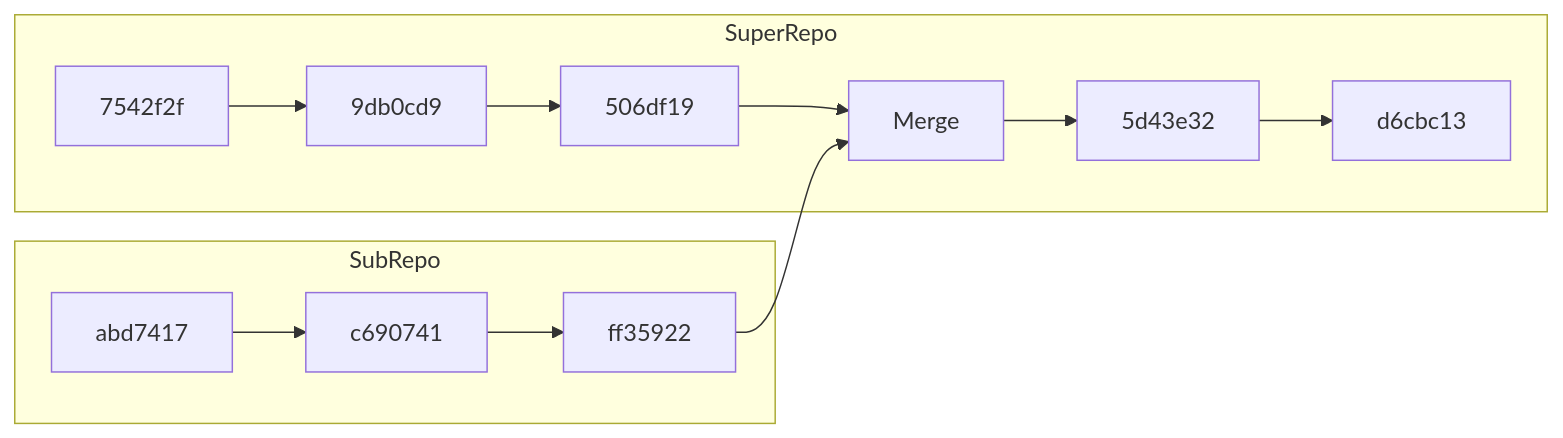
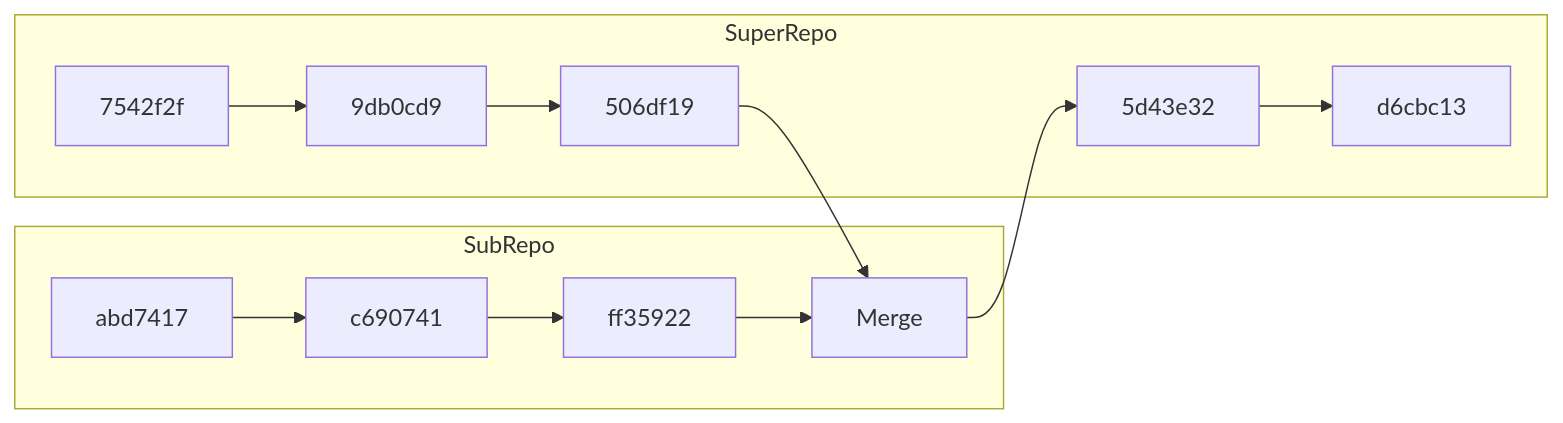
One commit to puckwang/puckwang.github.io changed the diagram in content/post/2020/git-submodule-vs-subtree.md. Above: the diagram before and after it, drawn with Mermaid. The commit also changed other lines of this file and 3 other files, not shown here.

```diff
--- a/content/post/2020/git-submodule-vs-subtree.md
+++ b/content/post/2020/git-submodule-vs-subtree.md
@@ -71,16 +73,18 @@
-{{<mermaid>}}
-graph LR 
+{{< mermaid >}}
+
+graph LR
+    subgraph SubRepo
+        A1[abd7417] --> B1
+        B1[c690741] --> C1
+        C1[ff35922] --> D
+    end
     subgraph SuperRepo
-    A[7542f2f] --> B
-    B[9db0cd9] --> C
-    C[506df19] --> D
-    D[Merge] --> F
-    F[5d43e32] --> E
-    E[d6cbc13]
+        A[7542f2f] --> B
+        B[9db0cd9] --> C
+        C[506df19] --> D
+        D[Merge] --> F
+        F[5d43e32] --> E
+        E[d6cbc13]
     end
-    subgraph SubRepo
-    A1[abd7417] --> B1
-    B1[c690741] --> C1
-    C1[ff35922] --> D
-    end
+
 {{< /mermaid >}}
```
